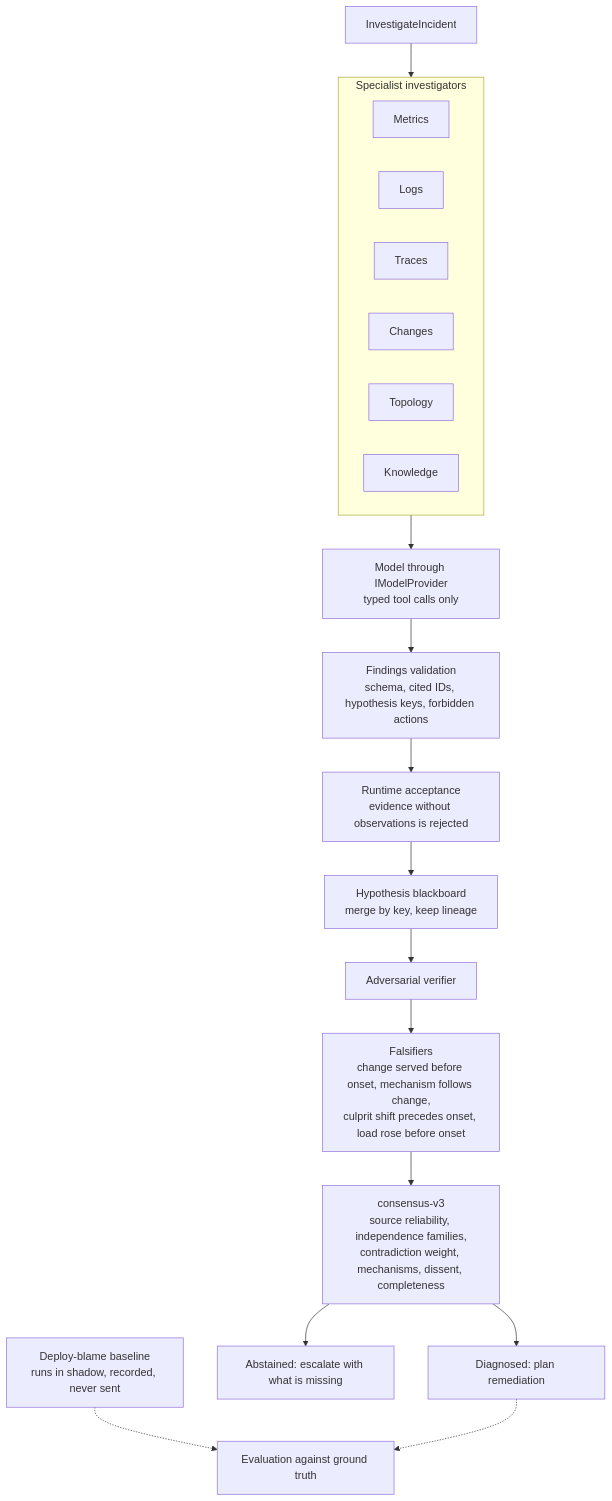
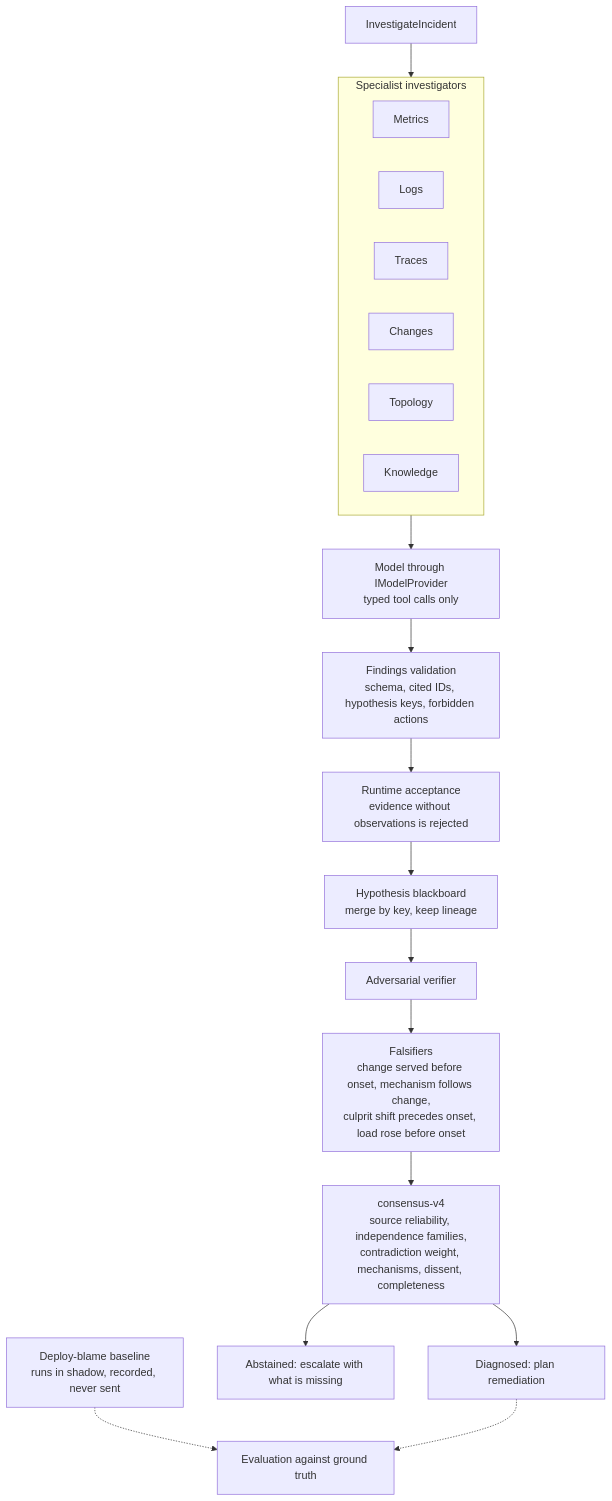
Before and after one commit to Psingle20/Sentinel: the seventh of 9 diagrams in README.md, drawn with Mermaid. The commit also changed other lines of this file and 4 other files, not shown here.

````diff
--- a/README.md
+++ b/README.md
@@ -296,27 +296,27 @@
 ```mermaid
 flowchart TB
     command["InvestigateIncident"] --> roles
 
     subgraph roles["Specialist investigators"]
         direction LR
         metrics["Metrics"]
         logs["Logs"]
         traces["Traces"]
         changes["Changes"]
         topology["Topology"]
         knowledge["Knowledge"]
     end
 
     roles --> model["Model through IModelProvider<br/>typed tool calls only"]
     model --> validation["Findings validation<br/>schema, cited IDs, hypothesis keys, forbidden actions"]
     validation --> accept["Runtime acceptance<br/>evidence without observations is rejected"]
     accept --> board["Hypothesis blackboard<br/>merge by key, keep lineage"]
     board --> verifier["Adversarial verifier"]
     verifier --> falsifiers["Falsifiers<br/>change served before onset, mechanism follows change,<br/>culprit shift precedes onset, load rose before onset"]
-    falsifiers --> consensus["consensus-v3<br/>source reliability, independence families,<br/>contradiction weight, mechanisms, dissent, completeness"]
+    falsifiers --> consensus["consensus-v4<br/>source reliability, independence families,<br/>contradiction weight, mechanisms, dissent, completeness"]
     consensus --> diagnosed["Diagnosed: plan remediation"]
     consensus --> abstained["Abstained: escalate with what is missing"]
 
     baseline["Deploy-blame baseline<br/>runs in shadow, recorded, never sent"] -.-> evaluation["Evaluation against ground truth"]
     diagnosed -.-> evaluation
 ```
````
